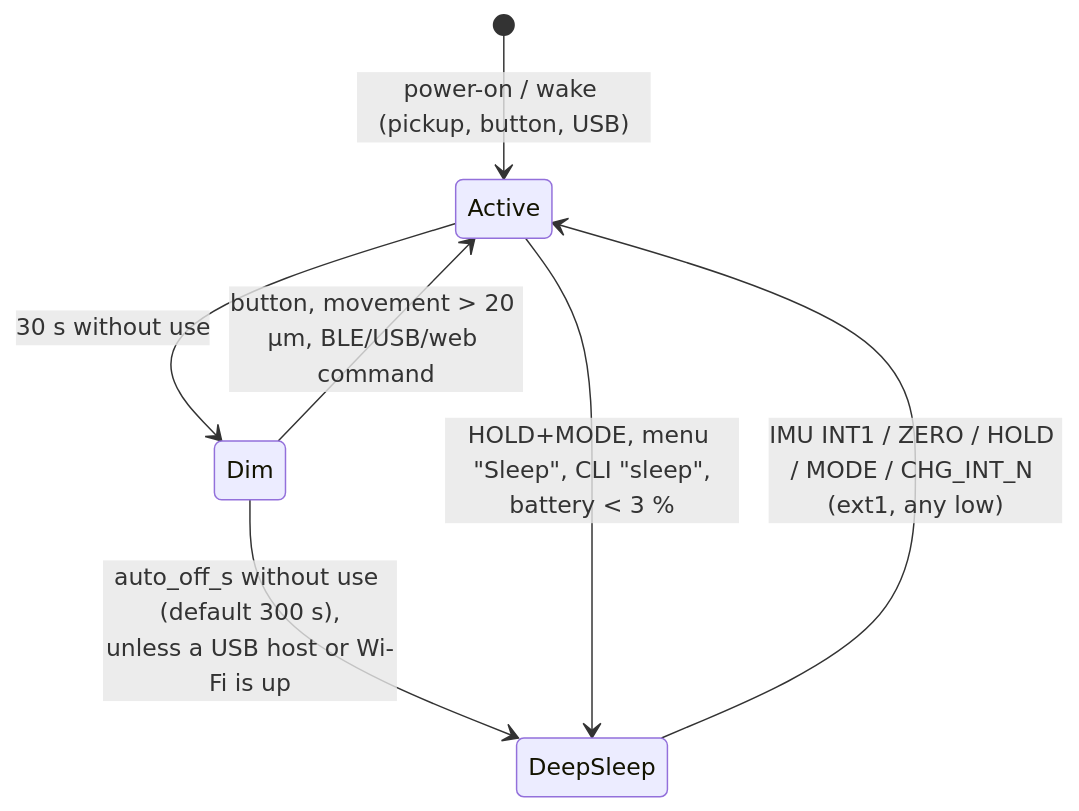
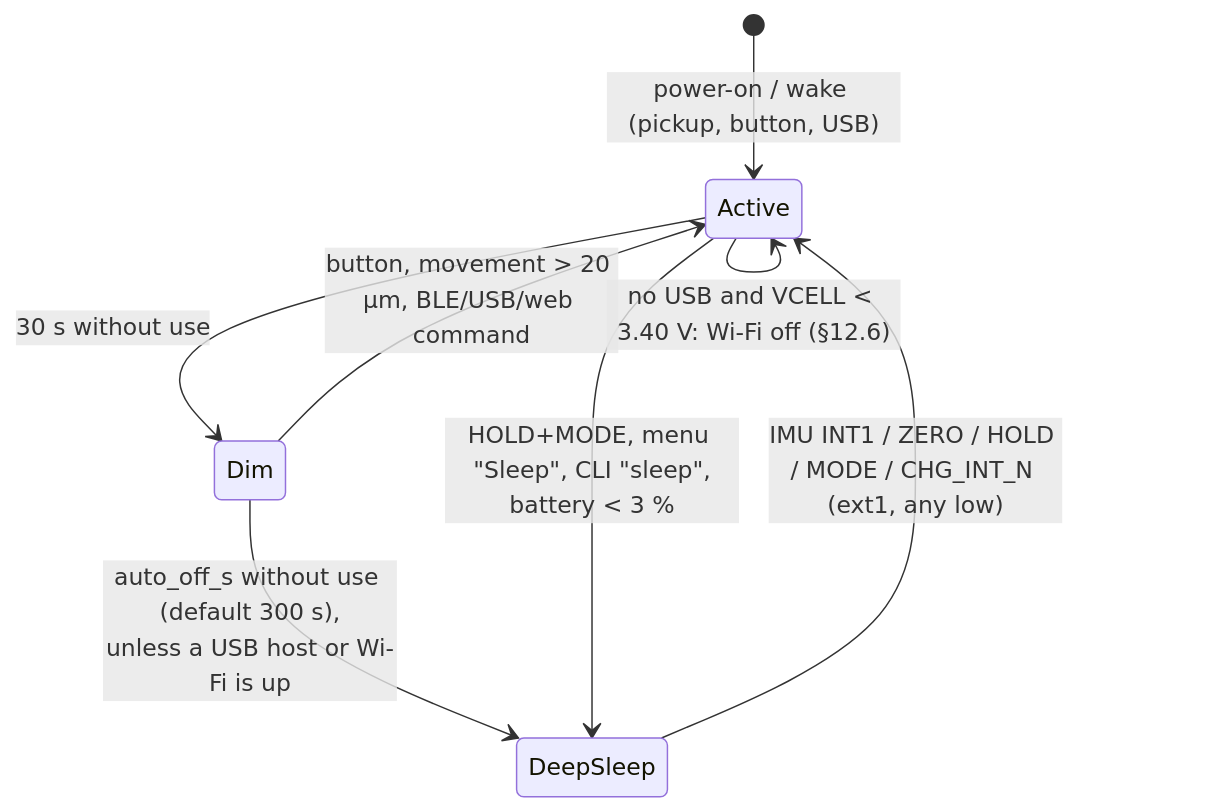
Before and after one commit to tyevco/prettycoolboards: the second of 2 diagrams in caliper/docs/firmware.md, drawn with Mermaid. The commit also changed other lines of this file and 102 other files, not shown here.

````diff
--- a/caliper/docs/firmware.md
+++ b/caliper/docs/firmware.md
@@ -739,9 +749,10 @@
 ```mermaid
 stateDiagram-v2
   [*] --> Active: power-on / wake (pickup, button, USB)
   Active --> Dim: 30 s without use
   Dim --> Active: button, movement > 20 µm, BLE/USB/web command
   Dim --> DeepSleep: auto_off_s without use (default 300 s),<br/>unless a USB host or Wi-Fi is up
   Active --> DeepSleep: HOLD+MODE, menu "Sleep", CLI "sleep",<br/>battery < 3 %
+  Active --> Active: no USB and VCELL < 3.40 V: Wi-Fi off (§12.6)
   DeepSleep --> Active: IMU INT1 / ZERO / HOLD / MODE / CHG_INT_N (ext1, any low)
 ```
````
